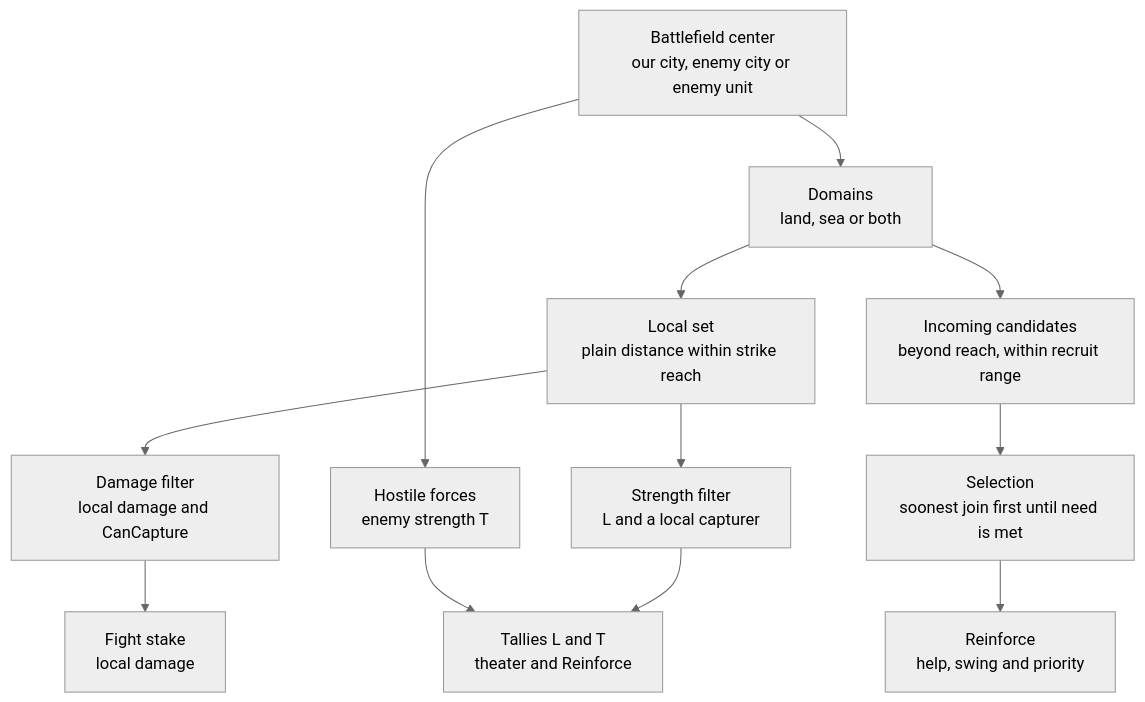
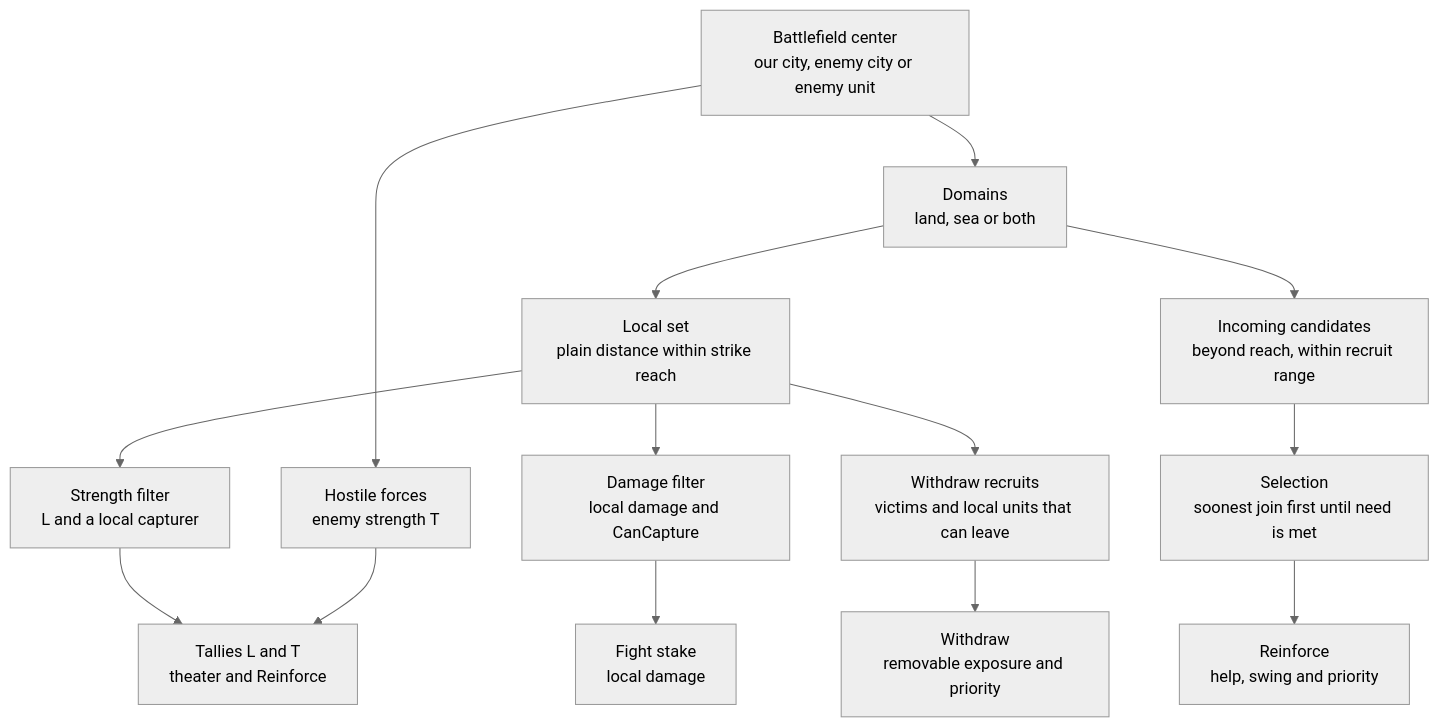
The diagram in docs/developers/civ5-dll/unit-ai/commands/recruitment.md (vox-deorum/vox-deorum), drawn with Mermaid (neutral theme) before and after one commit. The commit also changed other lines of this file and 28 other files, not shown here.

````diff
--- a/docs/developers/civ5-dll/unit-ai/commands/recruitment.md
+++ b/docs/developers/civ5-dll/unit-ai/commands/recruitment.md
@@ -7,14 +7,16 @@
 ```mermaid
 flowchart TD
     C["Battlefield center<br/>our city, enemy city or enemy unit"] --> D["Domains<br/>land, sea or both"]
     D --> L["Local set<br/>plain distance within strike reach"]
     L --> S["Strength filter<br/>L and a local capturer"]
     L --> M["Damage filter<br/>local damage and CanCapture"]
     D --> I["Incoming candidates<br/>beyond reach, within recruit range"]
     I --> SEL["Selection<br/>soonest join first until need is met"]
     S --> T["Tallies L and T<br/>theater and Reinforce"]
     C --> H["Hostile forces<br/>enemy strength T"]
     H --> T
     M --> F["Fight stake<br/>local damage"]
     SEL --> R["Reinforce<br/>help, swing and priority"]
+    L --> W["Withdraw recruits<br/>victims and local units that can leave"]
+    W --> WD["Withdraw<br/>removable exposure and priority"]
 ```
````
